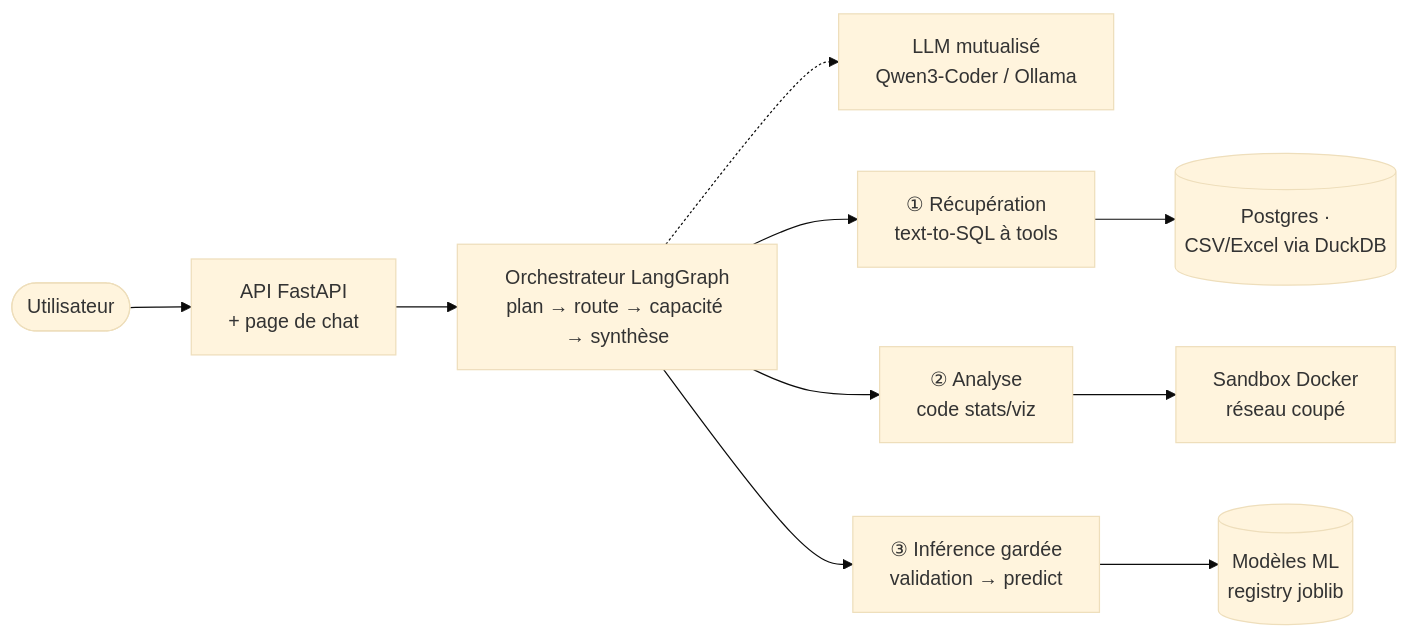
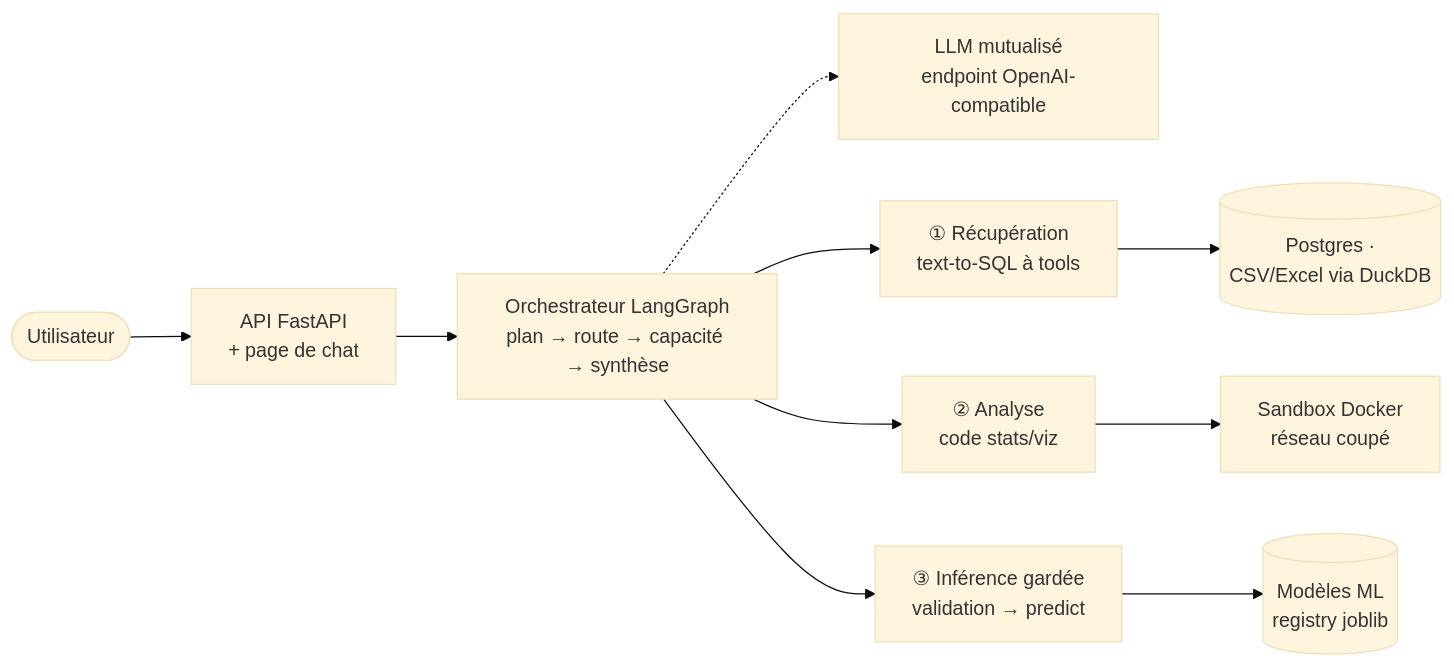
Before and after one commit to floSa/data-analyst-agent: the diagram in README.md, drawn with Mermaid (base theme). The commit also changed other lines of this file and 3 other files, not shown here.

````diff
--- a/README.md
+++ b/README.md
@@ -19,12 +19,12 @@
 ```mermaid
 flowchart LR
     U(["Utilisateur"]) --> API["API FastAPI<br/>+ page de chat"]
     API --> O["Orchestrateur LangGraph<br/>plan → route → capacité → synthèse"]
-    O -.-> L["LLM mutualisé<br/>Qwen3-Coder / Ollama"]
+    O -.-> L["LLM mutualisé<br/>endpoint OpenAI-compatible"]
     O --> R["① Récupération<br/>text-to-SQL à tools"]
     O --> A["② Analyse<br/>code stats/viz"]
     O --> I["③ Inférence gardée<br/>validation → predict"]
     R --> D[("Postgres ·<br/>CSV/Excel via DuckDB")]
     A --> S["Sandbox Docker<br/>réseau coupé"]
     I --> M[("Modèles ML<br/>registry joblib")]
 ```
````
